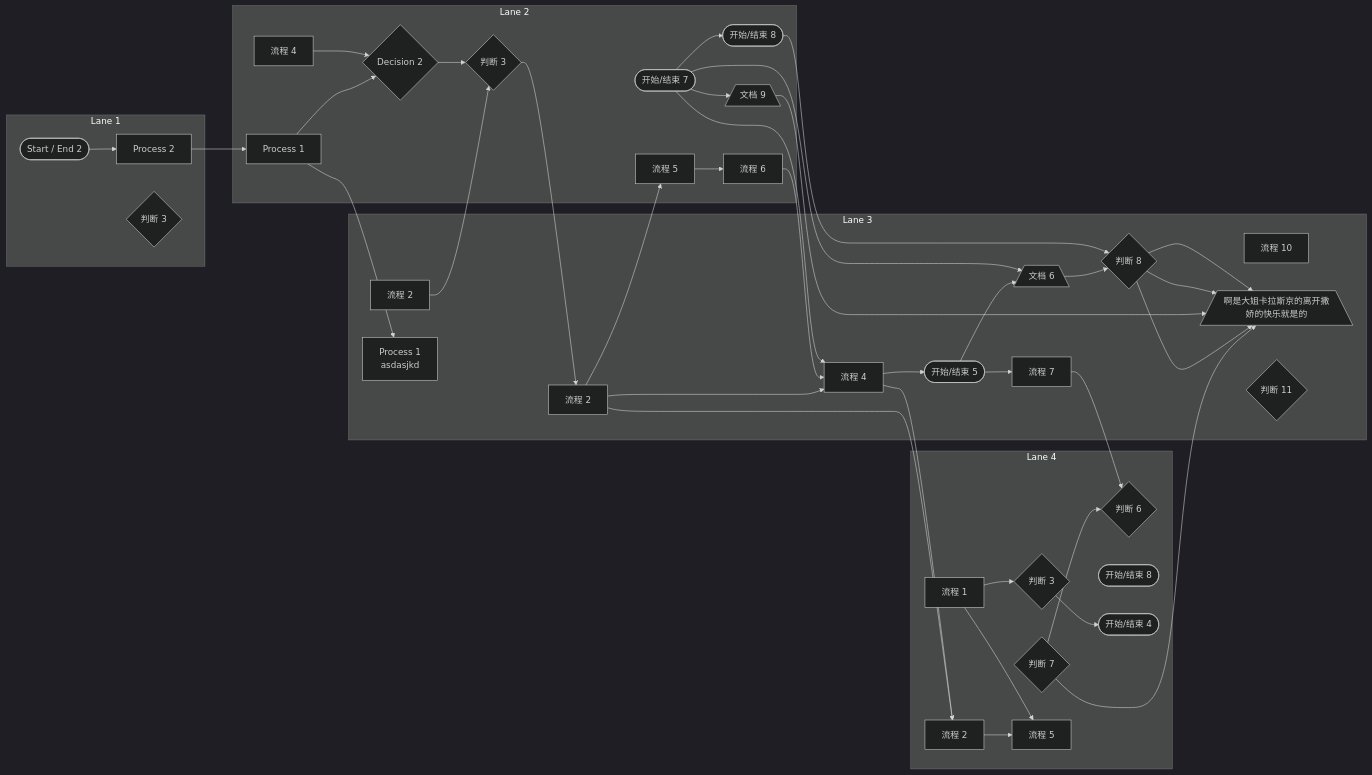
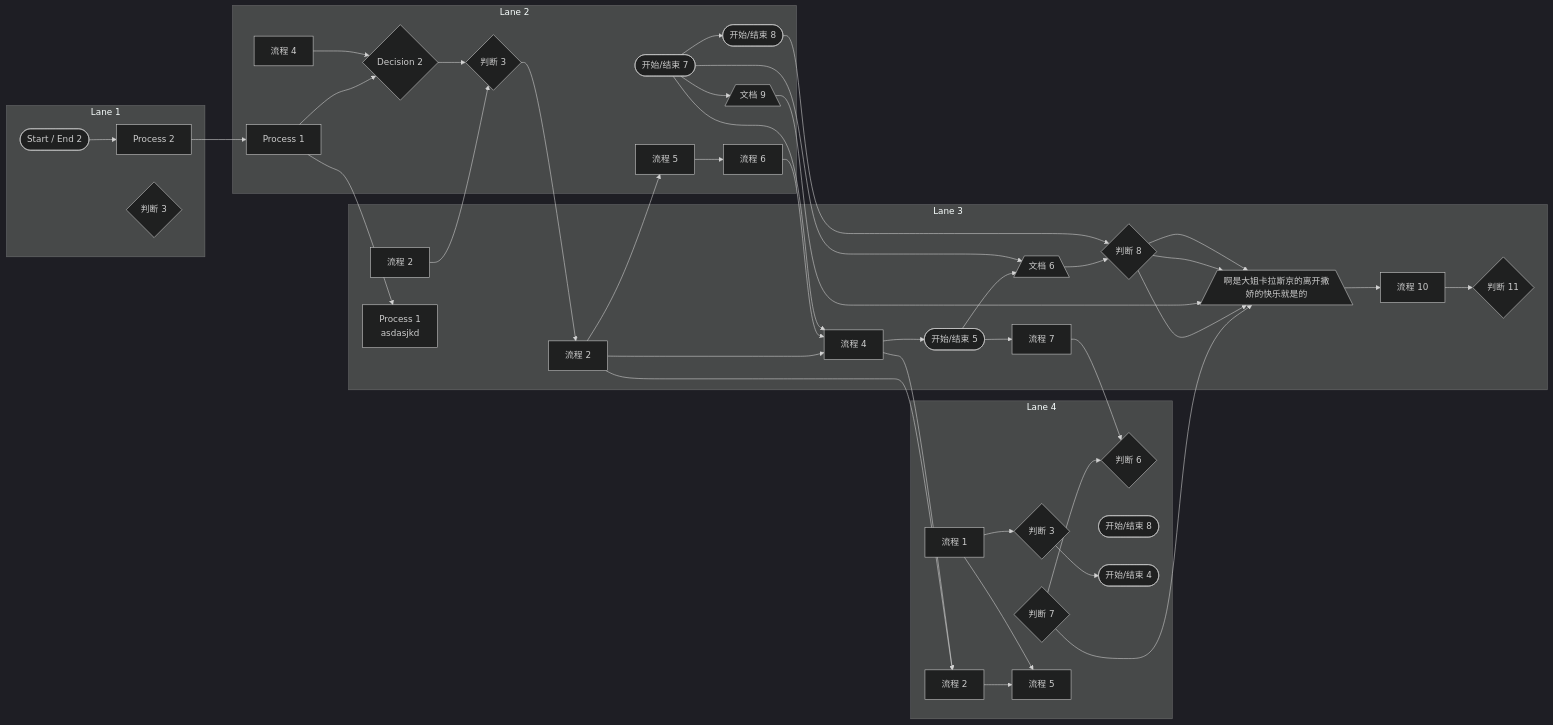
Before and after one commit to pingpm/mermaid_vault: the diagram in mmd/123_9b882ae4-c4df-432b-9e50-9fb05b2c95e5.mmd, drawn with Mermaid (dark theme). The commit also changed 16 other files, not shown here.

Commit message:
Sync Mermaid Studio data (14 diagrams)

```diff
--- a/mmd/123_9b882ae4-c4df-432b-9e50-9fb05b2c95e5.mmd
+++ b/mmd/123_9b882ae4-c4df-432b-9e50-9fb05b2c95e5.mmd
@@ -1,76 +1,78 @@
 flowchart LR
   subgraph lane_0["Lane 1"]
     t_0["Process 2"]
     t_1{"判断 3"}
     t_2(["Start / End 2"])
   end
   subgraph lane_1["Lane 2"]
     t_3["流程 4"]
     t_4["流程 6"]
     t_5["流程 5"]
     t_6(["开始/结束 7"])
     t_7{"判断 3"}
     t_8{"Decision 2"}
     %% [tag:pending] 待确认 | 阿斯顿撒娇看了大姐撒开
     t_9["Process 1"]
     t_10(["开始/结束 8"])
     t_11[/"文档 9"\]
   end
   subgraph lane_2["Lane 3"]
     t_12(["开始/结束 5"])
     t_13["流程 2"]
     t_14["流程 2"]
     t_15["流程 10"]
     t_16[/"文档 6"\]
     t_17[/"啊是大姐卡拉斯京的离开撒娇的快乐就是的"\]
     t_18["流程 4"]
-    t_19{"判断 8"}
-    t_20{"判断 11"}
+    t_19{"判断 11"}
+    t_20{"判断 8"}
     t_21["Process 1<br/>asdasjkd"]
     %% [tag:other] 其他 | 2为企鹅12312321
     t_22["流程 7"]
   end
   subgraph lane_3["Lane 4"]
     t_23["流程 2"]
     t_24{"判断 7"}
     t_25["流程 1"]
     t_26{"判断 3"}
     t_27{"判断 6"}
     t_28(["开始/结束 8"])
     t_29(["开始/结束 4"])
     t_30["流程 5"]
   end
   t_2 --> t_0
   t_0 --> t_9
   t_9 --> t_8
   t_9 --> t_21
   t_14 --> t_7
   t_8 --> t_7
   t_3 --> t_8
   t_5 --> t_4
   t_13 --> t_18
   t_18 --> t_12
   t_13 --> t_5
   t_13 --> t_23
   t_23 --> t_30
   t_25 --> t_30
   t_25 --> t_26
   t_26 --> t_29
   t_22 --> t_27
   t_24 --> t_27
   t_24 --> t_17
-  t_19 --> t_17
-  t_16 --> t_19
+  t_20 --> t_17
+  t_16 --> t_20
   t_12 --> t_16
   t_6 --> t_16
-  t_10 --> t_19
+  t_10 --> t_20
   t_11 --> t_17
-  t_19 --> t_17
+  t_20 --> t_17
   t_18 --> t_23
   t_4 --> t_18
   t_7 --> t_13
   t_6 --> t_18
   t_6 --> t_10
   t_6 --> t_11
   t_12 --> t_22
-  t_19 --> t_17
+  t_20 --> t_17
+  t_15 --> t_19
+  t_17 --> t_15
```
